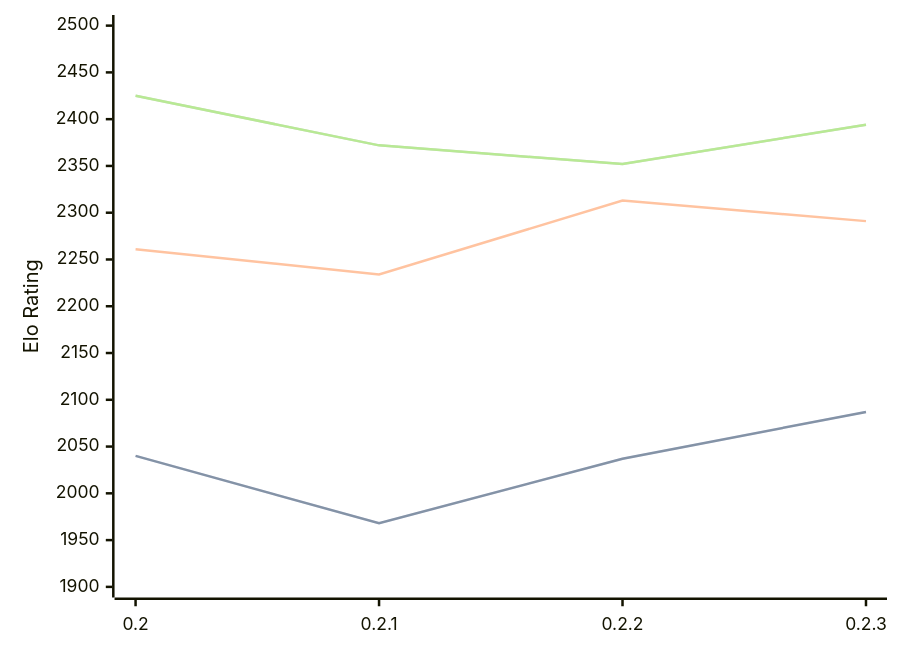
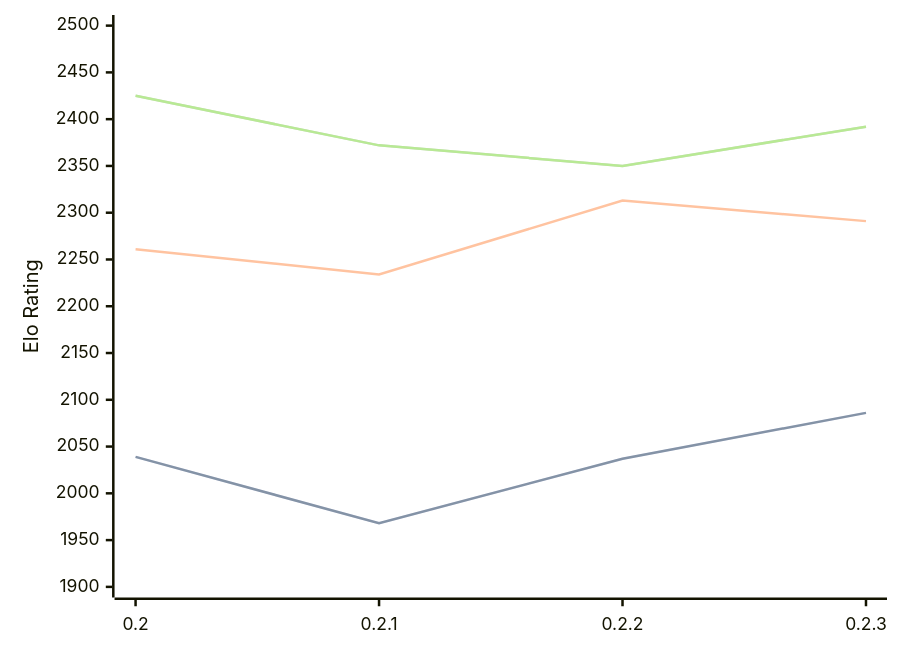
The diagram in engines/Lolbot.md (computer-chess-index/cci), drawn with Mermaid before and after one commit. The commit also changed other lines of this file, not shown here.

Commit message:
Update CCI Ratings (ELO VLTC) - 2026-03-03

````diff
--- a/engines/Lolbot.md
+++ b/engines/Lolbot.md
@@ -33,11 +33,11 @@
 ```mermaid
 %%{init: {"theme":"base","themeVariables":{"seriesColors:['#a3a3a3','#222221','#faa371']}}}%%
 xychart-beta
   x-axis ["0.2", "0.2.1", "0.2.2", "0.2.3"]
   y-axis "Elo Rating" 1900 --> 2500
-  line "STC (8.0+0.08s)" [2040, 1968, 2037, 2087]
-  line "STC (8.0+0.08s)" [2040, 1968, 2037, 2087]
+  line "STC (8.0+0.08s)" [2039, 1968, 2037, 2086]
+  line "STC (8.0+0.08s)" [2039, 1968, 2037, 2086]
   line "LTC (60.0+0.60s)" [2261, 2234, 2313, 2291]
-  line "VLTC (2m24s+1.12s)" [2425, 2372, 2352, 2394]
-  line "VLTC (2m24s+1.12s)" [2425, 2372, 2352, 2394]
+  line "VLTC (2m24s+1.12s)" [2425, 2372, 2350, 2392]
+  line "VLTC (2m24s+1.12s)" [2425, 2372, 2350, 2392]
 ```
````
